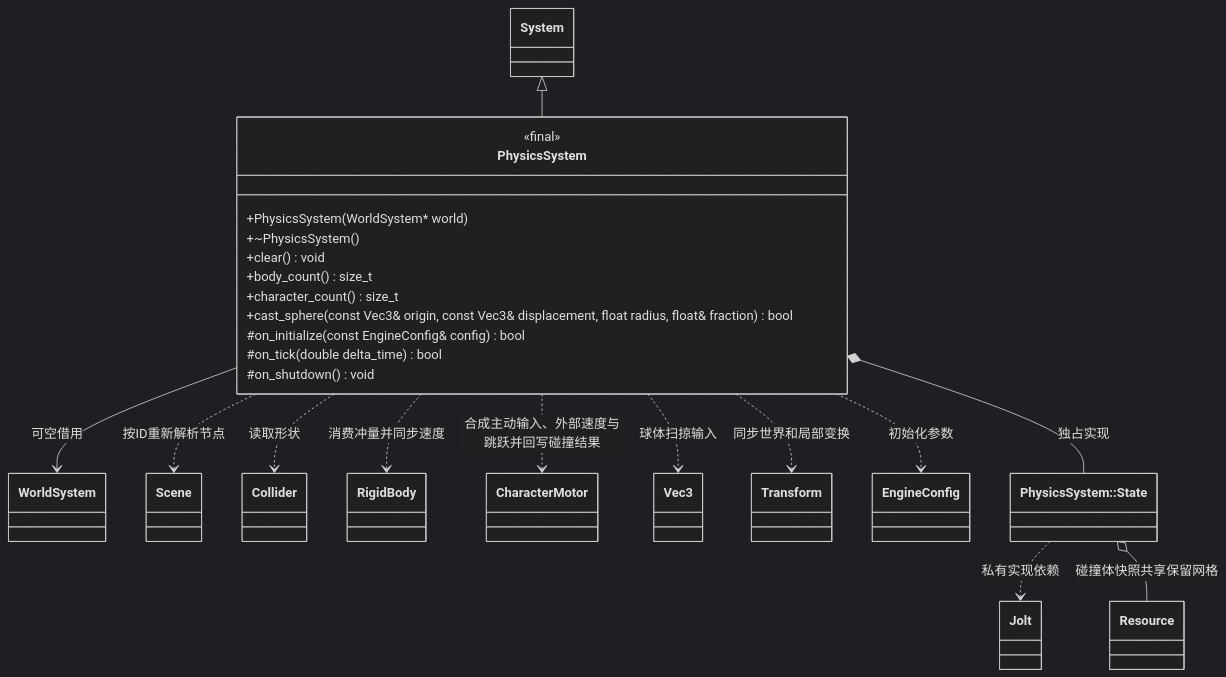
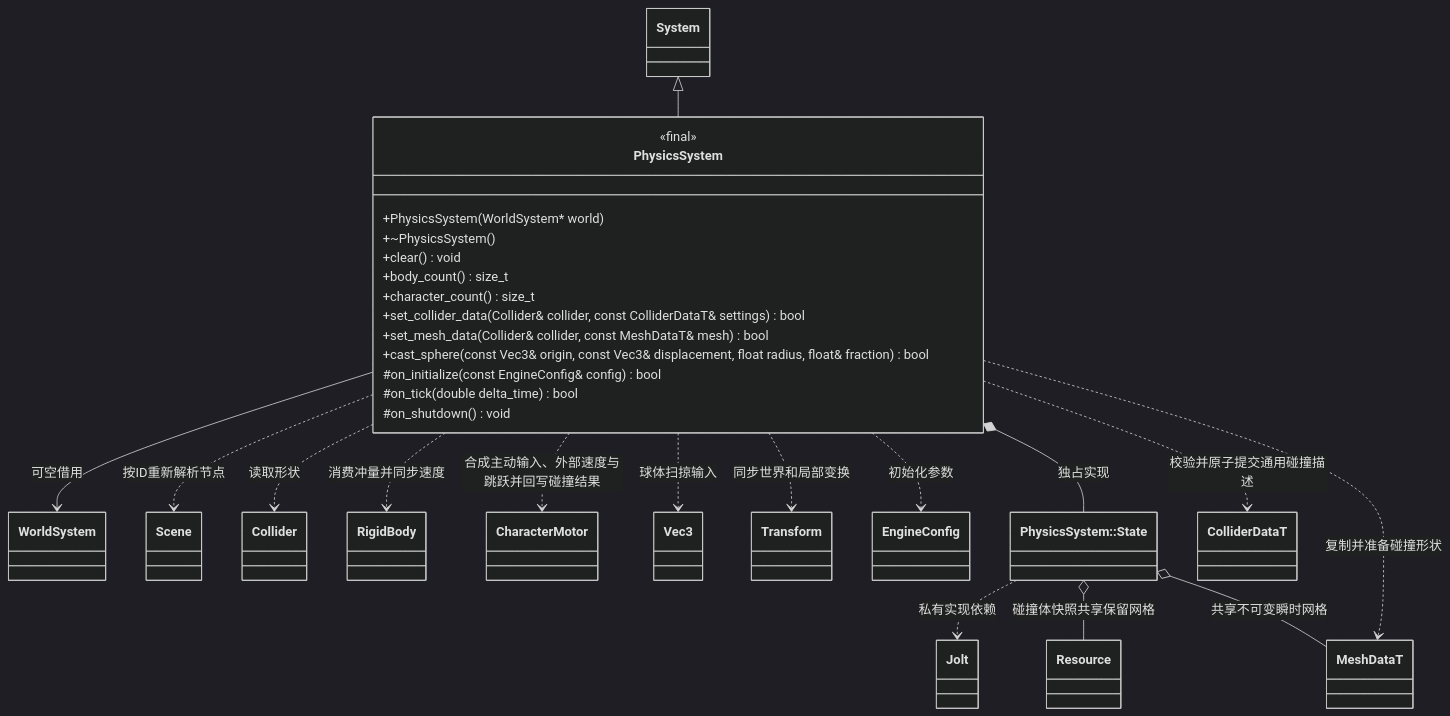
One commit to lcals/Engine changed the diagram in docs/runtime/class-diagrams/physics-system.md. Above: the diagram before and after it, drawn with Mermaid (dark theme). The commit also changed other lines of this file and 172 other files, not shown here.

````diff
--- a/docs/runtime/class-diagrams/physics-system.md
+++ b/docs/runtime/class-diagrams/physics-system.md
@@ -7,39 +7,46 @@
 ```mermaid
 classDiagram
     class PhysicsSystem {
         <<final>>
         +PhysicsSystem(WorldSystem#42; world)
         +~PhysicsSystem()
         +clear() void
         +body_count() size_t
         +character_count() size_t
+        +set_collider_data(Collider& collider, const ColliderDataT& settings) bool
+        +set_mesh_data(Collider& collider, const MeshDataT& mesh) bool
         +cast_sphere(const Vec3& origin, const Vec3& displacement, float radius, float& fraction) bool
         #on_initialize(const EngineConfig& config) bool
         #on_tick(double delta_time) bool
         #on_shutdown() void
     }
     class System
     class WorldSystem
     class Scene
     class Collider
     class RigidBody
     class CharacterMotor
     class Vec3
     class Transform
     class EngineConfig
     class PhysicsState["PhysicsSystem::State"]
     class Jolt["Jolt"]
     class Resource
+    class MeshDataT
+    class ColliderDataT
     System <|-- PhysicsSystem
     PhysicsSystem --> WorldSystem : 可空借用
     PhysicsSystem *-- PhysicsState : 独占实现
     PhysicsState ..> Jolt : 私有实现依赖
     PhysicsState o-- Resource : 碰撞体快照共享保留网格
+    PhysicsState o-- MeshDataT : 共享不可变瞬时网格
+    PhysicsSystem ..> MeshDataT : 复制并准备碰撞形状
+    PhysicsSystem ..> ColliderDataT : 校验并原子提交通用碰撞描述
     PhysicsSystem ..> Scene : 按ID重新解析节点
     PhysicsSystem ..> Collider : 读取形状
     PhysicsSystem ..> RigidBody : 消费冲量并同步速度
     PhysicsSystem ..> CharacterMotor : 合成主动输入、外部速度与跳跃并回写碰撞结果
     PhysicsSystem ..> Vec3 : 球体扫掠输入
     PhysicsSystem ..> Transform : 同步世界和局部变换
     PhysicsSystem ..> EngineConfig : 初始化参数
 ```
````
